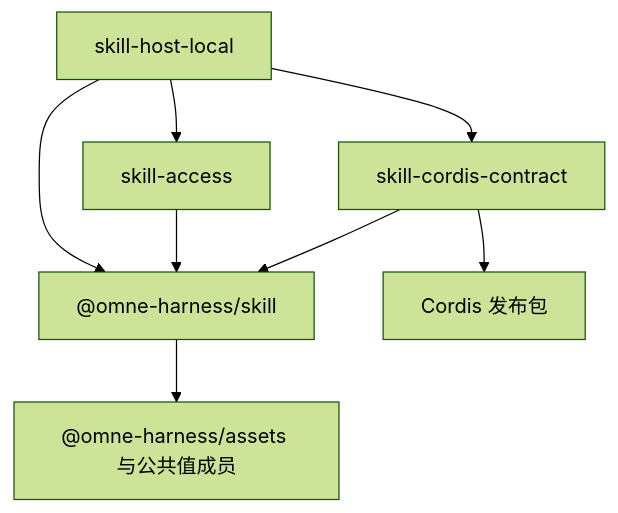
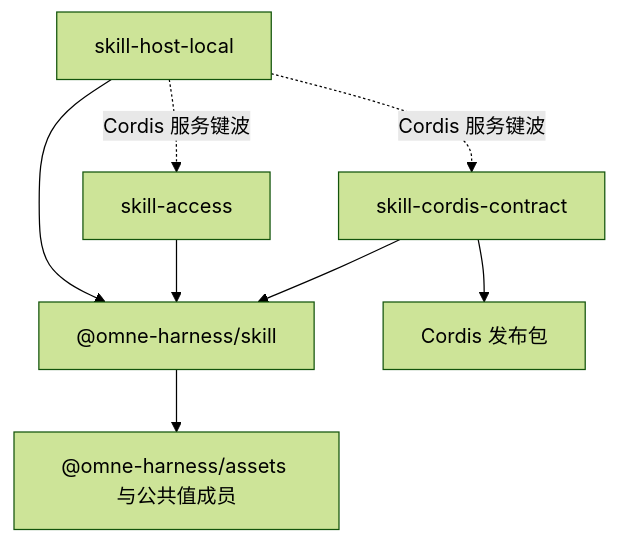
The diagram in packages/skills/README.md (nemori-ai/omne-harness-lite), drawn with Mermaid (forest theme) before and after one commit. The commit also changed other lines of this file and 4 other files, not shown here.

````diff
--- a/packages/skills/README.md
+++ b/packages/skills/README.md
@@ -29,10 +29,10 @@
 ```mermaid
 flowchart TD
-  H[skill-host-local] --> X[skill-access]
-  H --> C[skill-cordis-contract]
+  H[skill-host-local] -.->|Cordis 服务键波| X[skill-access]
+  H -.->|Cordis 服务键波| C[skill-cordis-contract]
   H --> K["@omne-harness/skill"]
   X --> K
   C --> K
   C --> R[Cordis 发布包]
   K --> A["@omne-harness/assets 与公共值成员"]
 ```
````
